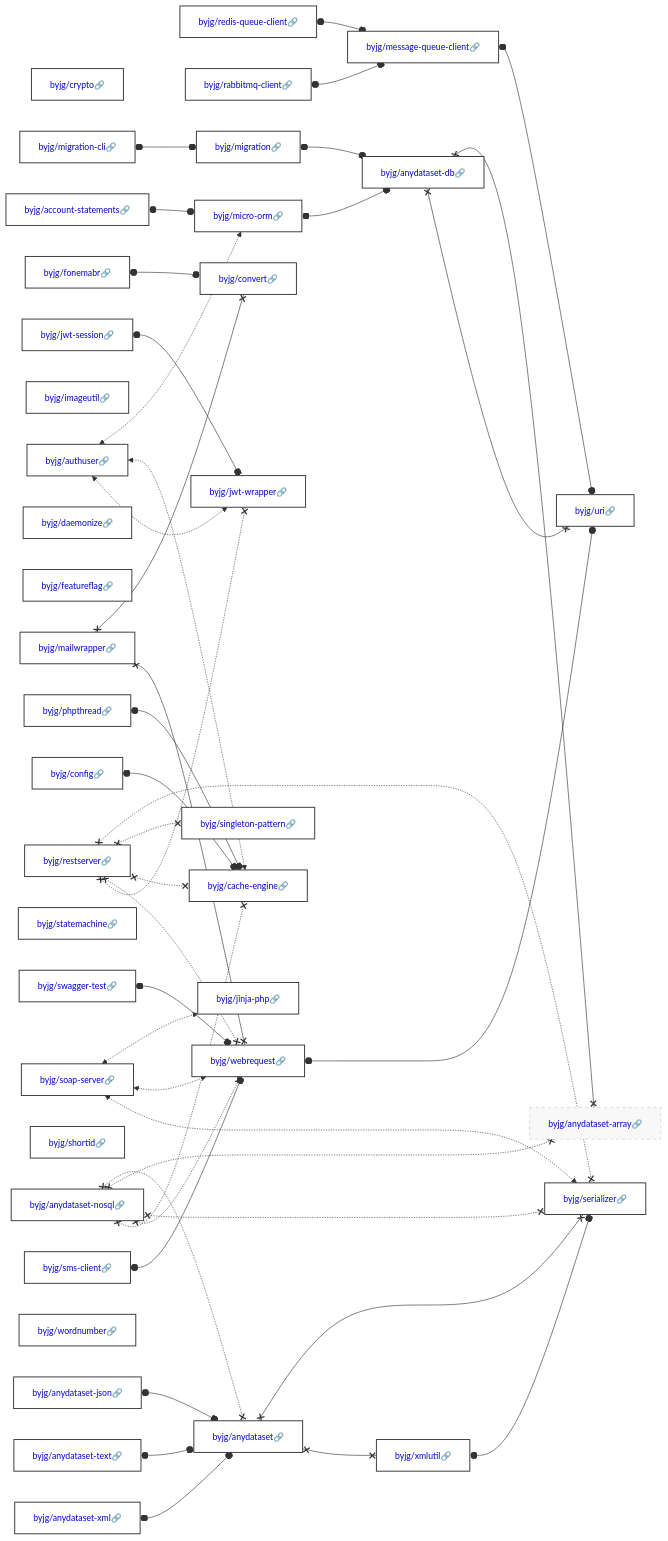
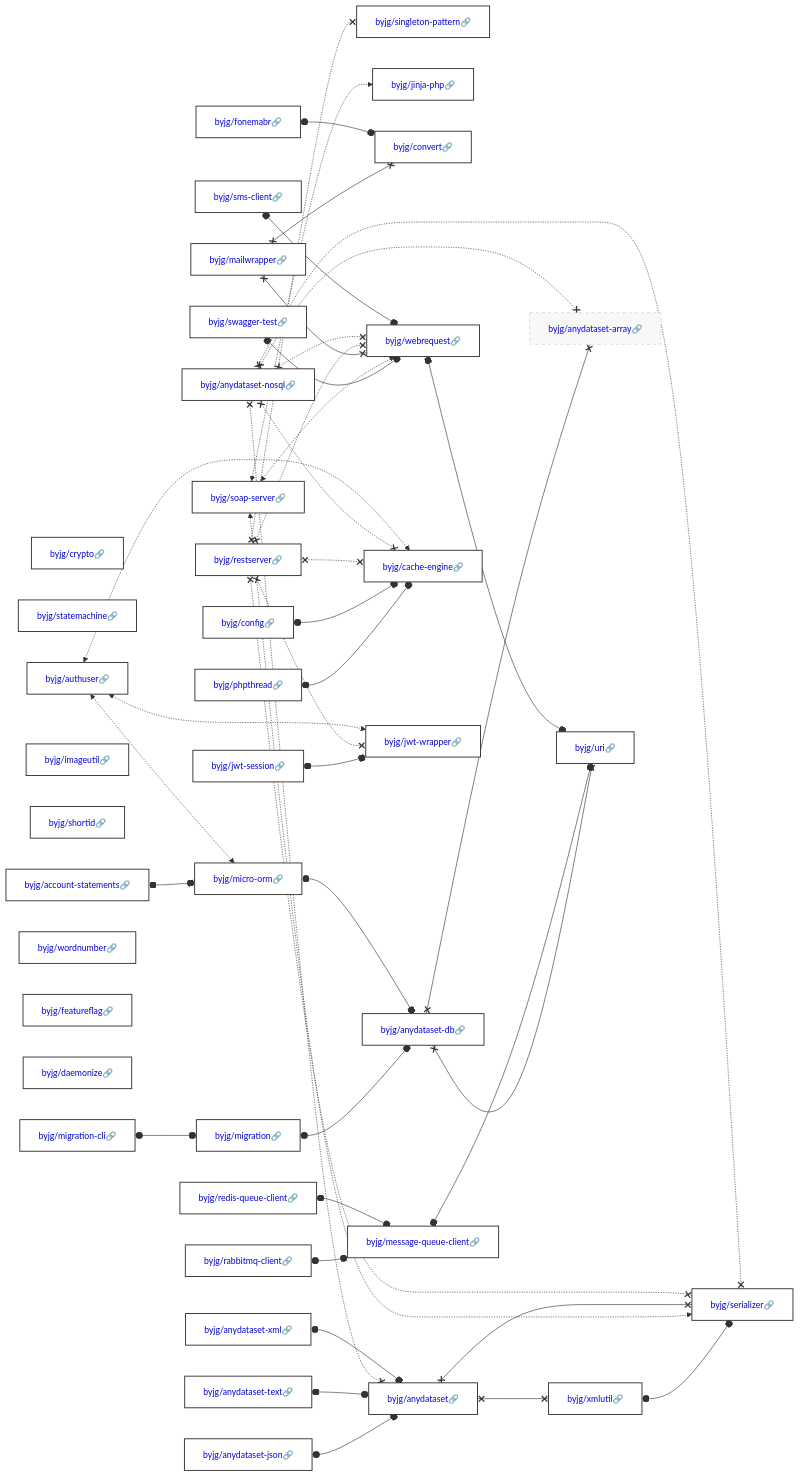
The diagram in docs/php/README.md (byjg/byjg.github.io), drawn with Mermaid before and after one commit. The commit also changed other lines of this file, not shown here.

Commit message:
Update documentation 'php' 'php-serializer'

````diff
--- a/docs/php/README.md
+++ b/docs/php/README.md
@@ -3,45 +3,45 @@
 ```mermaid
 graph LR;
   byjg/crypto[<a href='https://opensource.byjg.com/docs/php/crypto' style='text-decoration:none'>byjg/crypto🔗</a>];
-  byjg/authuser[<a href='https://opensource.byjg.com/docs/php/authuser' style='text-decoration:none'>byjg/authuser🔗</a>];
+  byjg/restserver[<a href='https://opensource.byjg.com/docs/php/restserver' style='text-decoration:none'>byjg/restserver🔗</a>];
+  byjg/anydataset-xml[<a href='https://opensource.byjg.com/docs/php/anydataset-xml' style='text-decoration:none'>byjg/anydataset-xml🔗</a>];
+  byjg/statemachine[<a href='https://opensource.byjg.com/docs/php/statemachine' style='text-decoration:none'>byjg/statemachine🔗</a>];
+  byjg/mailwrapper[<a href='https://opensource.byjg.com/docs/php/mailwrapper' style='text-decoration:none'>byjg/mailwrapper🔗</a>];
   byjg/migration-cli[<a href='https://opensource.byjg.com/docs/php/migration-cli' style='text-decoration:none'>byjg/migration-cli🔗</a>];
-  byjg/fonemabr[<a href='https://opensource.byjg.com/docs/php/fonemabr' style='text-decoration:none'>byjg/fonemabr🔗</a>];
+  byjg/imageutil[<a href='https://opensource.byjg.com/docs/php/imageutil' style='text-decoration:none'>byjg/imageutil🔗</a>];
+  byjg/shortid[<a href='https://opensource.byjg.com/docs/php/shortid' style='text-decoration:none'>byjg/shortid🔗</a>];
+  byjg/anydataset-text[<a href='https://opensource.byjg.com/docs/php/anydataset-text' style='text-decoration:none'>byjg/anydataset-text🔗</a>];
+  byjg/phpthread[<a href='https://opensource.byjg.com/docs/php/phpthread' style='text-decoration:none'>byjg/phpthread🔗</a>];
   byjg/jwt-session[<a href='https://opensource.byjg.com/docs/php/jwt-session' style='text-decoration:none'>byjg/jwt-session🔗</a>];
-  byjg/imageutil[<a href='https://opensource.byjg.com/docs/php/imageutil' style='text-decoration:none'>byjg/imageutil🔗</a>];
-  byjg/anydataset-json[<a href='https://opensource.byjg.com/docs/php/anydataset-json' style='text-decoration:none'>byjg/anydataset-json🔗</a>];
-  byjg/daemonize[<a href='https://opensource.byjg.com/docs/php/daemonize' style='text-decoration:none'>byjg/daemonize🔗</a>];
-  byjg/featureflag[<a href='https://opensource.byjg.com/docs/php/featureflag' style='text-decoration:none'>byjg/featureflag🔗</a>];
-  byjg/mailwrapper[<a href='https://opensource.byjg.com/docs/php/mailwrapper' style='text-decoration:none'>byjg/mailwrapper🔗</a>];
-  byjg/anydataset-xml[<a href='https://opensource.byjg.com/docs/php/anydataset-xml' style='text-decoration:none'>byjg/anydataset-xml🔗</a>];
-  byjg/restserver[<a href='https://opensource.byjg.com/docs/php/restserver' style='text-decoration:none'>byjg/restserver🔗</a>];
-  byjg/anydataset-nosql[<a href='https://opensource.byjg.com/docs/php/anydataset-nosql' style='text-decoration:none'>byjg/anydataset-nosql🔗</a>];
-  byjg/statemachine[<a href='https://opensource.byjg.com/docs/php/statemachine' style='text-decoration:none'>byjg/statemachine🔗</a>];
-  byjg/soap-server[<a href='https://opensource.byjg.com/docs/php/soap-server' style='text-decoration:none'>byjg/soap-server🔗</a>];
-  byjg/swagger-test[<a href='https://opensource.byjg.com/docs/php/swagger-test' style='text-decoration:none'>byjg/swagger-test🔗</a>];
-  byjg/shortid[<a href='https://opensource.byjg.com/docs/php/shortid' style='text-decoration:none'>byjg/shortid🔗</a>];
   byjg/account-statements[<a href='https://opensource.byjg.com/docs/php/account-statements' style='text-decoration:none'>byjg/account-statements🔗</a>];
   byjg/redis-queue-client[<a href='https://opensource.byjg.com/docs/php/redis-queue-client' style='text-decoration:none'>byjg/redis-queue-client🔗</a>];
-  byjg/anydataset-text[<a href='https://opensource.byjg.com/docs/php/anydataset-text' style='text-decoration:none'>byjg/anydataset-text🔗</a>];
+  byjg/wordnumber[<a href='https://opensource.byjg.com/docs/php/wordnumber' style='text-decoration:none'>byjg/wordnumber🔗</a>];
+  byjg/soap-server[<a href='https://opensource.byjg.com/docs/php/soap-server' style='text-decoration:none'>byjg/soap-server🔗</a>];
+  byjg/fonemabr[<a href='https://opensource.byjg.com/docs/php/fonemabr' style='text-decoration:none'>byjg/fonemabr🔗</a>];
+  byjg/featureflag[<a href='https://opensource.byjg.com/docs/php/featureflag' style='text-decoration:none'>byjg/featureflag🔗</a>];
+  byjg/sms-client[<a href='https://opensource.byjg.com/docs/php/sms-client' style='text-decoration:none'>byjg/sms-client🔗</a>];
+  byjg/config[<a href='https://opensource.byjg.com/docs/php/config' style='text-decoration:none'>byjg/config🔗</a>];
+  byjg/daemonize[<a href='https://opensource.byjg.com/docs/php/daemonize' style='text-decoration:none'>byjg/daemonize🔗</a>];
+  byjg/swagger-test[<a href='https://opensource.byjg.com/docs/php/swagger-test' style='text-decoration:none'>byjg/swagger-test🔗</a>];
+  byjg/anydataset-nosql[<a href='https://opensource.byjg.com/docs/php/anydataset-nosql' style='text-decoration:none'>byjg/anydataset-nosql🔗</a>];
+  byjg/anydataset-json[<a href='https://opensource.byjg.com/docs/php/anydataset-json' style='text-decoration:none'>byjg/anydataset-json🔗</a>];
   byjg/rabbitmq-client[<a href='https://opensource.byjg.com/docs/php/rabbitmq-client' style='text-decoration:none'>byjg/rabbitmq-client🔗</a>];
-  byjg/wordnumber[<a href='https://opensource.byjg.com/docs/php/wordnumber' style='text-decoration:none'>byjg/wordnumber🔗</a>];
-  byjg/config[<a href='https://opensource.byjg.com/docs/php/config' style='text-decoration:none'>byjg/config🔗</a>];
-  byjg/phpthread[<a href='https://opensource.byjg.com/docs/php/phpthread' style='text-decoration:none'>byjg/phpthread🔗</a>];
-  byjg/sms-client[<a href='https://opensource.byjg.com/docs/php/sms-client' style='text-decoration:none'>byjg/sms-client🔗</a>];
+  byjg/authuser[<a href='https://opensource.byjg.com/docs/php/authuser' style='text-decoration:none'>byjg/authuser🔗</a>];
+  byjg/singleton-pattern[<a href='https://opensource.byjg.com/docs/php/singleton-pattern' style='text-decoration:none'>byjg/singleton-pattern🔗</a>];
   byjg/migration[<a href='https://opensource.byjg.com/docs/php/migration' style='text-decoration:none'>byjg/migration🔗</a>];
+  byjg/jinja-php[<a href='https://opensource.byjg.com/docs/php/jinja-php' style='text-decoration:none'>byjg/jinja-php🔗</a>];
   byjg/convert[<a href='https://opensource.byjg.com/docs/php/convert' style='text-decoration:none'>byjg/convert🔗</a>];
-  byjg/singleton-pattern[<a href='https://opensource.byjg.com/docs/php/singleton-pattern' style='text-decoration:none'>byjg/singleton-pattern🔗</a>];
-  byjg/jwt-wrapper[<a href='https://opensource.byjg.com/docs/php/jwt-wrapper' style='text-decoration:none'>byjg/jwt-wrapper🔗</a>];
-  byjg/jinja-php[<a href='https://opensource.byjg.com/docs/php/jinja-php' style='text-decoration:none'>byjg/jinja-php🔗</a>];
-  byjg/micro-orm[<a href='https://opensource.byjg.com/docs/php/micro-orm' style='text-decoration:none'>byjg/micro-orm🔗</a>];
+  byjg/webrequest[<a href='https://opensource.byjg.com/docs/php/webrequest' style='text-decoration:none'>byjg/webrequest🔗</a>];
   byjg/anydataset[<a href='https://opensource.byjg.com/docs/php/anydataset' style='text-decoration:none'>byjg/anydataset🔗</a>];
   byjg/message-queue-client[<a href='https://opensource.byjg.com/docs/php/message-queue-client' style='text-decoration:none'>byjg/message-queue-client🔗</a>];
+  byjg/micro-orm[<a href='https://opensource.byjg.com/docs/php/micro-orm' style='text-decoration:none'>byjg/micro-orm🔗</a>];
   byjg/cache-engine[<a href='https://opensource.byjg.com/docs/php/cache-engine' style='text-decoration:none'>byjg/cache-engine🔗</a>];
-  byjg/webrequest[<a href='https://opensource.byjg.com/docs/php/webrequest' style='text-decoration:none'>byjg/webrequest🔗</a>];
+  byjg/jwt-wrapper[<a href='https://opensource.byjg.com/docs/php/jwt-wrapper' style='text-decoration:none'>byjg/jwt-wrapper🔗</a>];
+  byjg/xmlutil[<a href='https://opensource.byjg.com/docs/php/xmlutil' style='text-decoration:none'>byjg/xmlutil🔗</a>];
   byjg/anydataset-db[<a href='https://opensource.byjg.com/docs/php/anydataset-db' style='text-decoration:none'>byjg/anydataset-db🔗</a>];
-  byjg/xmlutil[<a href='https://opensource.byjg.com/docs/php/xmlutil' style='text-decoration:none'>byjg/xmlutil🔗</a>];
+  byjg/serializer[<a href='https://opensource.byjg.com/docs/php/serializer' style='text-decoration:none'>byjg/serializer🔗</a>];
   byjg/anydataset-array[<a href='https://opensource.byjg.com/docs/php/anydataset-array' style='text-decoration:none'>byjg/anydataset-array🔗</a>];
   byjg/uri[<a href='https://opensource.byjg.com/docs/php/uri' style='text-decoration:none'>byjg/uri🔗</a>];
-  byjg/serializer[<a href='https://opensource.byjg.com/docs/php/serializer' style='text-decoration:none'>byjg/serializer🔗</a>];
   byjg/xmlutil o--o byjg/serializer;
   byjg/rabbitmq-client o--o byjg/message-queue-client;
   byjg/migration o--o byjg/anydataset-db;
````
